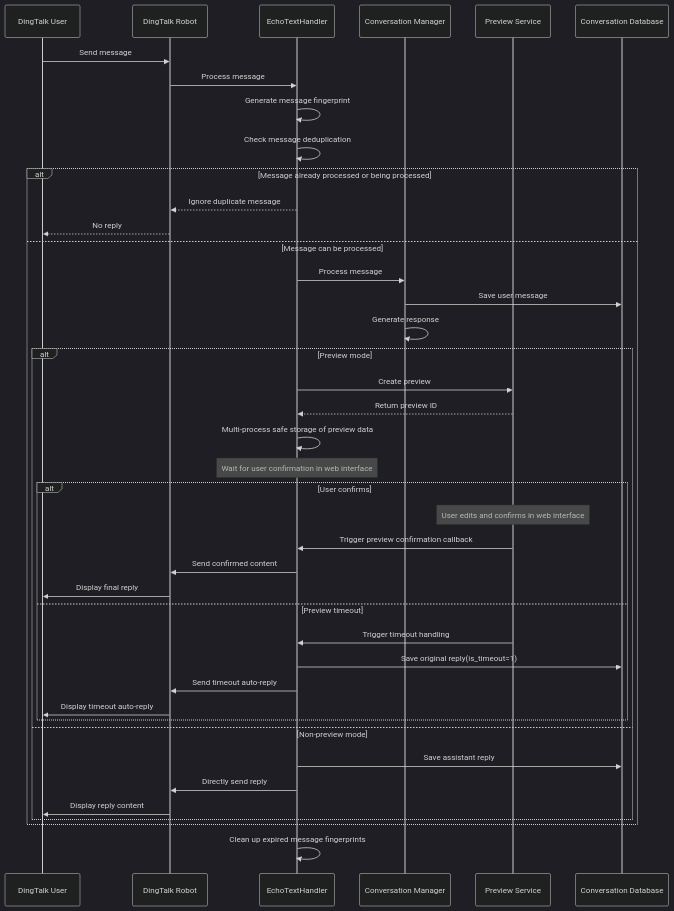
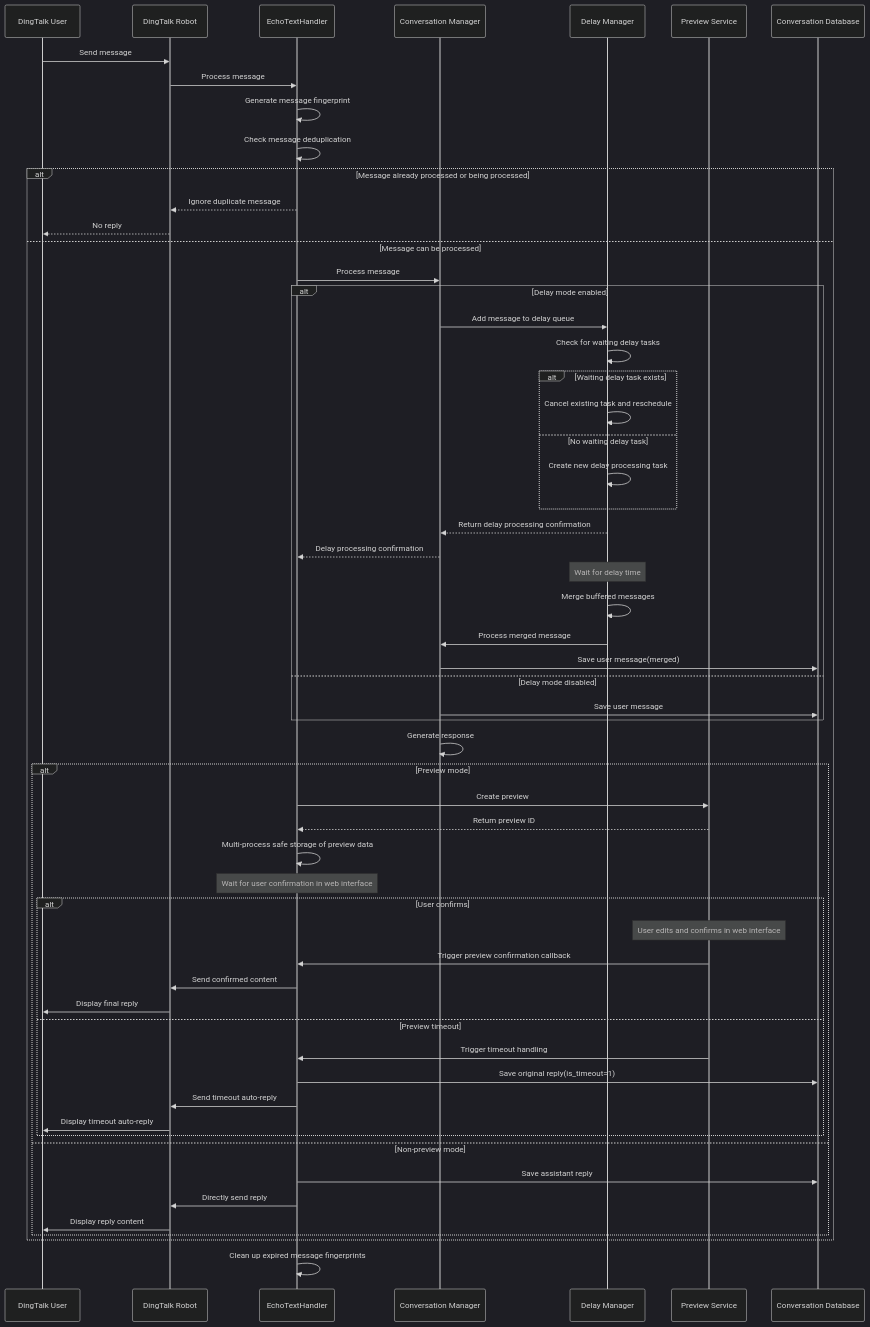
The third of 4 diagrams in docs/ConversationManagementSystemDocumentation.md (eogee/any4any), drawn with Mermaid (dark theme) before and after one commit. The commit also changed other lines of this file and 1 other file, not shown here.

````diff
--- a/docs/ConversationManagementSystemDocumentation.md
+++ b/docs/ConversationManagementSystemDocumentation.md
@@ -133,48 +164,68 @@
 ```mermaid
 sequenceDiagram
     participant DD as DingTalk User
     participant Bot as DingTalk Robot
     participant EH as EchoTextHandler
     participant CM as Conversation Manager
+    participant DM as Delay Manager
     participant PS as Preview Service
     participant DB as Conversation Database
     
     DD->>Bot: Send message
     Bot->>EH: Process message
     
     EH->>EH: Generate message fingerprint
     EH->>EH: Check message deduplication
     alt Message already processed or being processed
         EH-->>Bot: Ignore duplicate message
         Bot-->>DD: No reply
     else Message can be processed
         EH->>CM: Process message
-        CM->>DB: Save user message
+        
+        alt Delay mode enabled
+            CM->>DM: Add message to delay queue
+            DM->>DM: Check for waiting delay tasks
+            alt Waiting delay task exists
+                DM->>DM: Cancel existing task and reschedule
+            else No waiting delay task
+                DM->>DM: Create new delay processing task
+            end
+            DM-->>CM: Return delay processing confirmation
+            CM-->>EH: Delay processing confirmation
+            
+            Note over DM: Wait for delay time
+            DM->>DM: Merge buffered messages
+            DM->>CM: Process merged message
+            CM->>DB: Save user message(merged)
+        else Delay mode disabled
+            CM->>DB: Save user message
+        end
+        
         CM->>CM: Generate response
         
         alt Preview mode
             EH->>PS: Create preview
             PS-->>EH: Return preview ID
             EH->>EH: Multi-process safe storage of preview data
             Note over EH: Wait for user confirmation in web interface
             
             alt User confirms
                 Note over PS: User edits and confirms in web interface
                 PS->>EH: Trigger preview confirmation callback
                 EH->>Bot: Send confirmed content
                 Bot->>DD: Display final reply
             else Preview timeout
                 PS->>EH: Trigger timeout handling
                 EH->>DB: Save original reply(is_timeout=1)
                 EH->>Bot: Send timeout auto-reply
                 Bot->>DD: Display timeout auto-reply
             end
         else Non-preview mode
             EH->>DB: Save assistant reply
             EH->>Bot: Directly send reply
             Bot->>DD: Display reply content
         end
     end
     
     EH->>EH: Clean up expired message fingerprints
 ```
````
